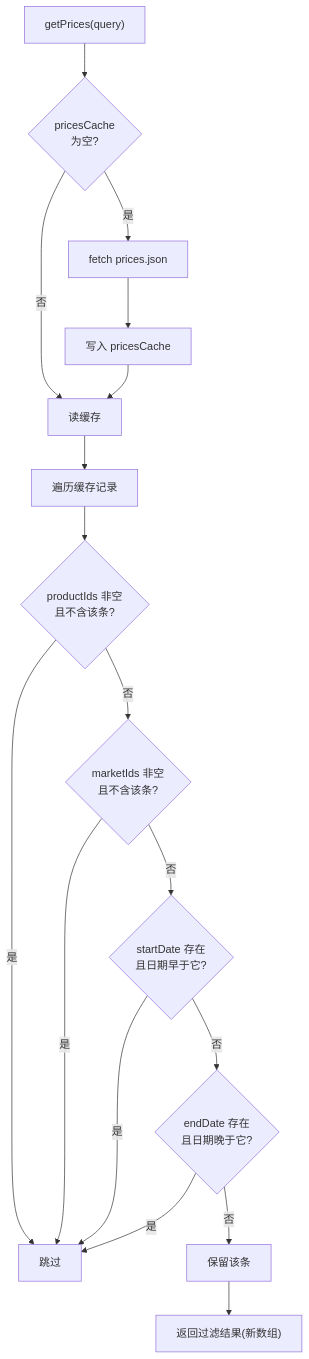
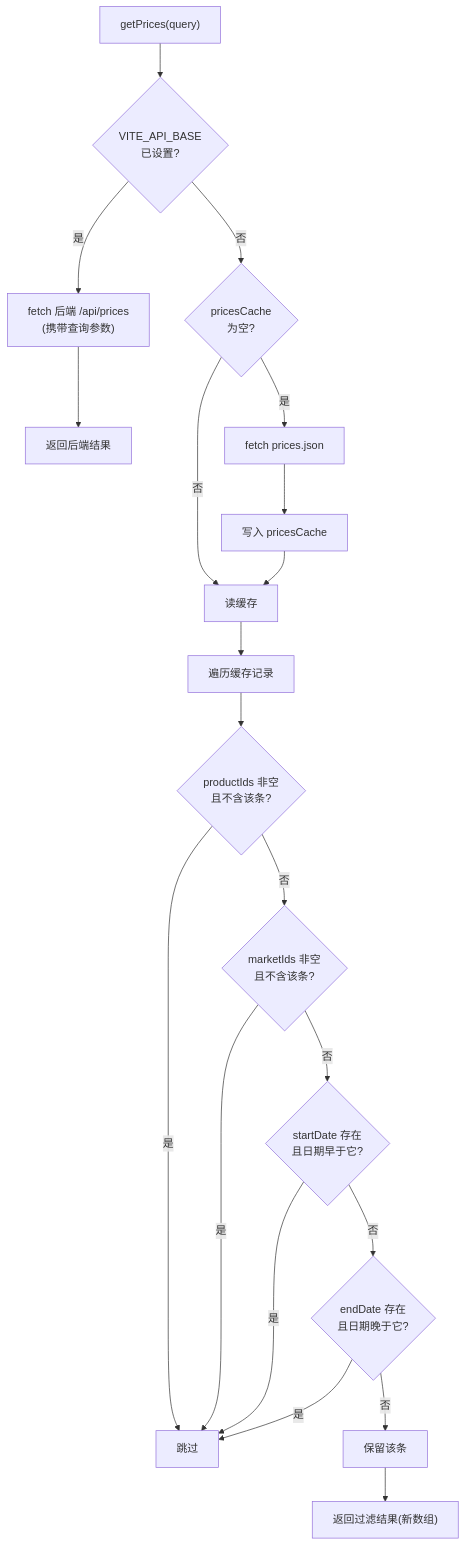
The first of 3 diagrams in docs/软件工程文档/05-详细设计说明.md (Camellia-hyc/agri-price-tracker), drawn with Mermaid before and after one commit. The commit also changed other lines of this file and 6 other files, not shown here.

````diff
--- a/docs/软件工程文档/05-详细设计说明.md
+++ b/docs/软件工程文档/05-详细设计说明.md
@@ -40,19 +40,22 @@
 ```mermaid
 flowchart TB
-  A["getPrices(query)"] --> B{"pricesCache<br/>为空?"}
+  A["getPrices(query)"] --> Z{"VITE_API_BASE<br/>已设置?"}
+  Z -->|是| C0["fetch 后端 /api/prices<br/>(携带查询参数)"]
+  C0 --> C1["返回后端结果"]
+  Z -->|否| B{"pricesCache<br/>为空?"}
   B -->|是| C["fetch prices.json"]
   C --> D["写入 pricesCache"]
   B -->|否| E["读缓存"]
   D --> E
   E --> F["遍历缓存记录"]
   F --> G{"productIds 非空<br/>且不含该条?"}
   G -->|是| H["跳过"]
   G -->|否| I{"marketIds 非空<br/>且不含该条?"}
   I -->|是| H
   I -->|否| J{"startDate 存在<br/>且日期早于它?"}
   J -->|是| H
   J -->|否| K{"endDate 存在<br/>且日期晚于它?"}
   K -->|是| H
   K -->|否| L["保留该条"]
   L --> M["返回过滤结果(新数组)"]
 ```
````
